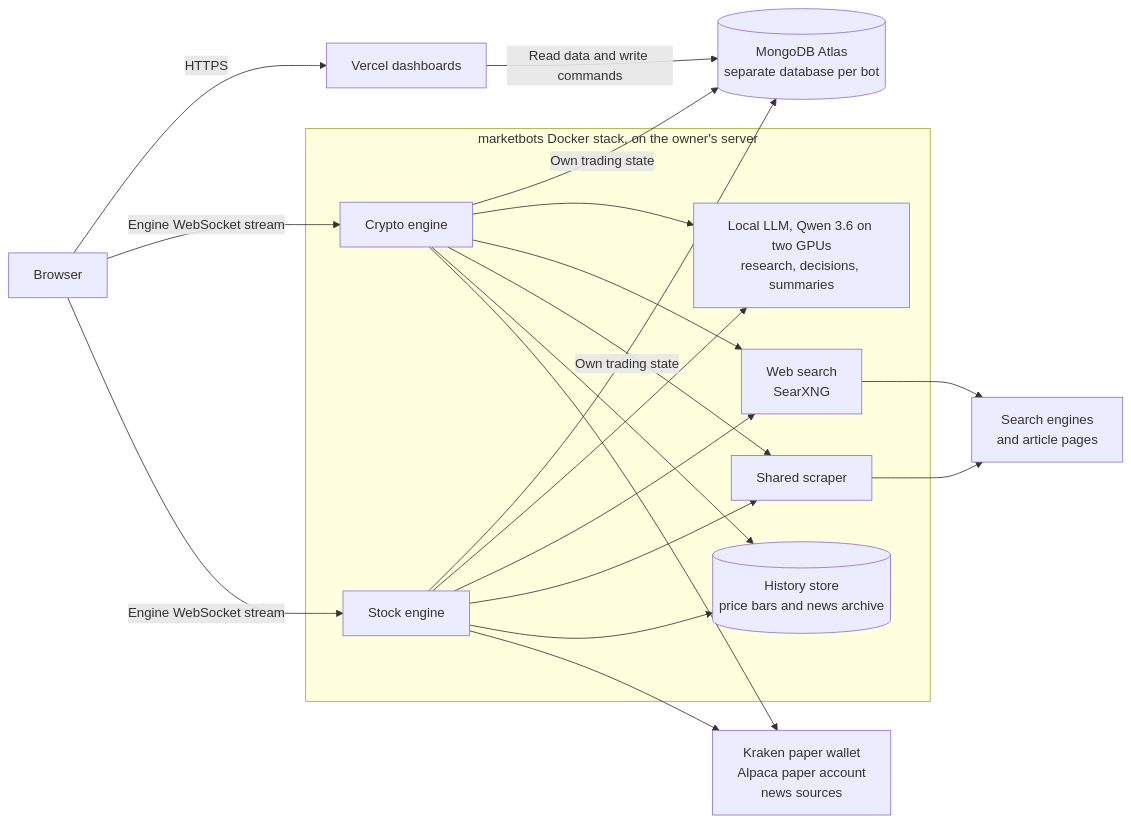
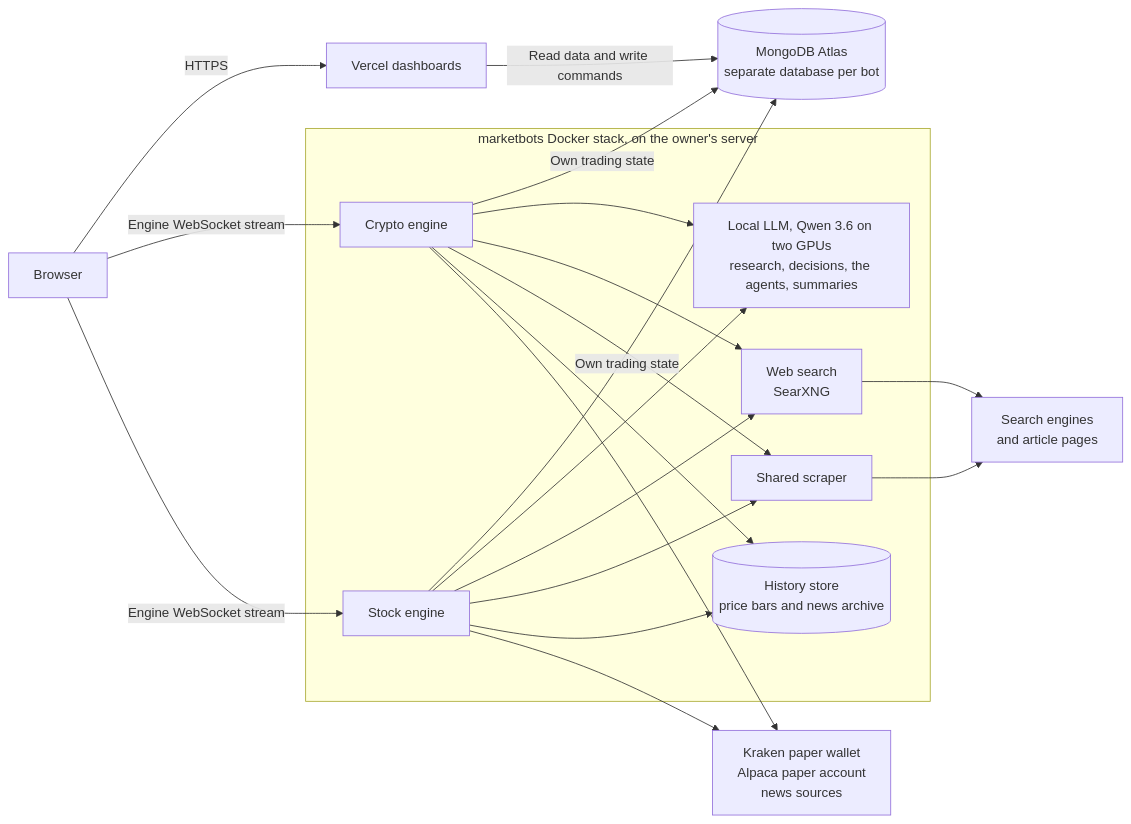
One commit to colinfran/marketbots changed the second of 2 diagrams in README.md. Above: the diagram before and after it, drawn with Mermaid. The commit also changed other lines of this file, not shown here.

````diff
--- a/README.md
+++ b/README.md
@@ -16,30 +39,30 @@
 ```mermaid
 flowchart LR
     browser[Browser]
     dashboards[Vercel dashboards]
     atlas[(MongoDB Atlas<br/>separate database per bot)]
     services[Kraken paper wallet<br/>Alpaca paper account<br/>news sources]
     internet[Search engines<br/>and article pages]
 
     subgraph server["marketbots Docker stack, on the owner's server"]
         crypto[Crypto engine]
         stock[Stock engine]
-        llm[Local LLM, Qwen 3.6 on two GPUs<br/>research, decisions, summaries]
+        llm[Local LLM, Qwen 3.6 on two GPUs<br/>research, decisions, the agents, summaries]
         search[Web search<br/>SearXNG]
         scraper[Shared scraper]
         history[(History store<br/>price bars and news archive)]
     end
 
     browser -->|HTTPS| dashboards
     dashboards -->|Read data and write commands| atlas
     browser -->|Engine WebSocket stream| crypto
     browser -->|Engine WebSocket stream| stock
     crypto -->|Own trading state| atlas
     stock -->|Own trading state| atlas
     crypto & stock --> llm
     crypto & stock --> search
     crypto & stock --> scraper
     crypto & stock --> history
     crypto & stock --> services
     search & scraper --> internet
 ```
````
